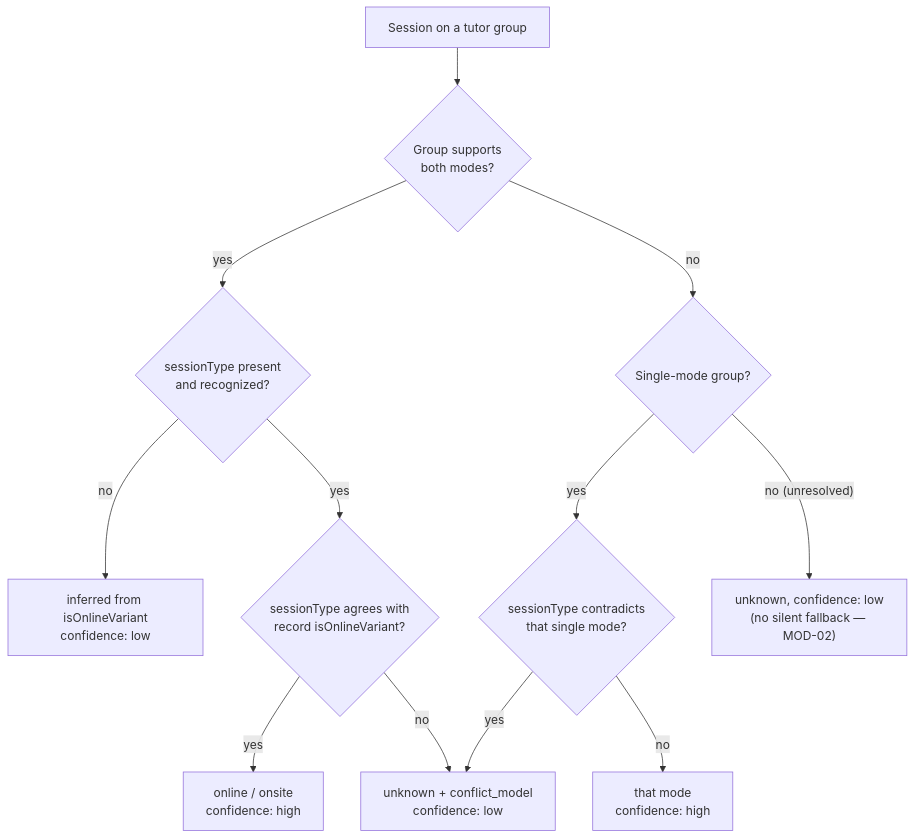
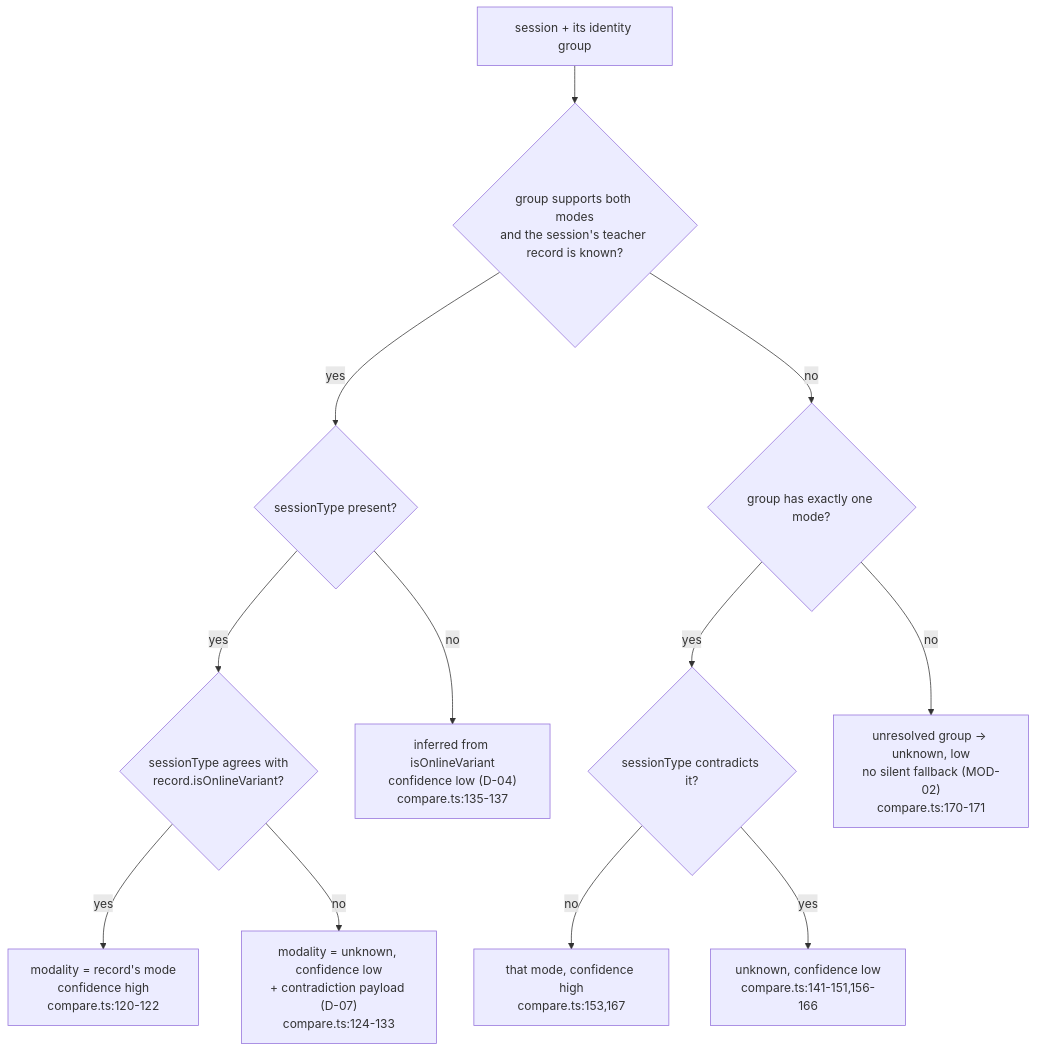
The third of 4 diagrams in docs/handbook/glossary.md (kasheesh711/bgscheduler), drawn with Mermaid before and after one commit. The commit also changed other lines of this file and 95 other files, not shown here.

````diff
--- a/docs/handbook/glossary.md
+++ b/docs/handbook/glossary.md
@@ -139,14 +157,14 @@
 ```mermaid
 flowchart TD
-    S["Session on a tutor group"] --> P{"Group supports<br/>both modes?"}
-    P -- yes --> T{"sessionType present<br/>and recognized?"}
-    T -- no --> L1["inferred from isOnlineVariant<br/>confidence: low"]
-    T -- yes --> A{"sessionType agrees with<br/>record isOnlineVariant?"}
-    A -- yes --> H["online / onsite<br/>confidence: high"]
-    A -- no --> U["unknown + conflict_model<br/>confidence: low"]
-    P -- no --> Q{"Single-mode group?"}
-    Q -- yes --> R{"sessionType contradicts<br/>that single mode?"}
-    R -- no --> H2["that mode<br/>confidence: high"]
-    R -- yes --> U
-    Q -- "no (unresolved)" --> U2["unknown, confidence: low<br/>(no silent fallback — MOD-02)"]
+  S["session + its identity group"] --> P{"group supports both modes<br/>and the session's teacher record is known?"}
+  P -- yes --> PT{"sessionType present?"}
+  PT -- yes --> AG{"sessionType agrees with<br/>record.isOnlineVariant?"}
+  AG -- yes --> H["modality = record's mode<br/>confidence high<br/>compare.ts:120-122"]
+  AG -- no --> X["modality = unknown, confidence low<br/>+ contradiction payload (D-07)<br/>compare.ts:124-133"]
+  PT -- no --> L["inferred from isOnlineVariant<br/>confidence low (D-04)<br/>compare.ts:135-137"]
+  P -- no --> SR{"group has exactly one mode?"}
+  SR -- yes --> SC{"sessionType contradicts it?"}
+  SC -- no --> H2["that mode, confidence high<br/>compare.ts:153,167"]
+  SC -- yes --> X2["unknown, confidence low<br/>compare.ts:141-151,156-166"]
+  SR -- no --> U["unresolved group → unknown, low<br/>no silent fallback (MOD-02)<br/>compare.ts:170-171"]
 ```
````
